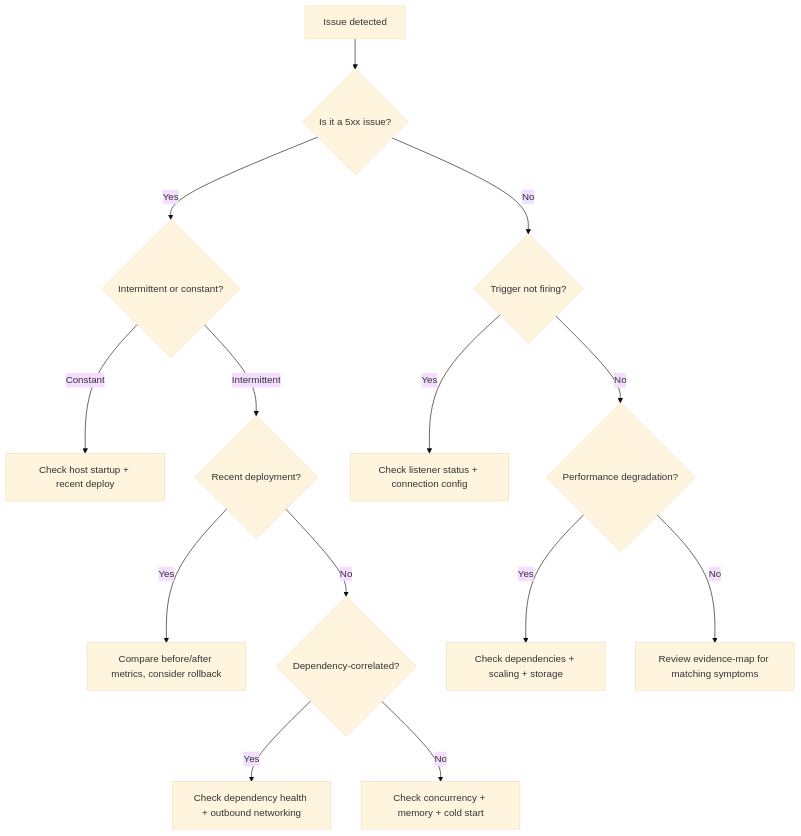
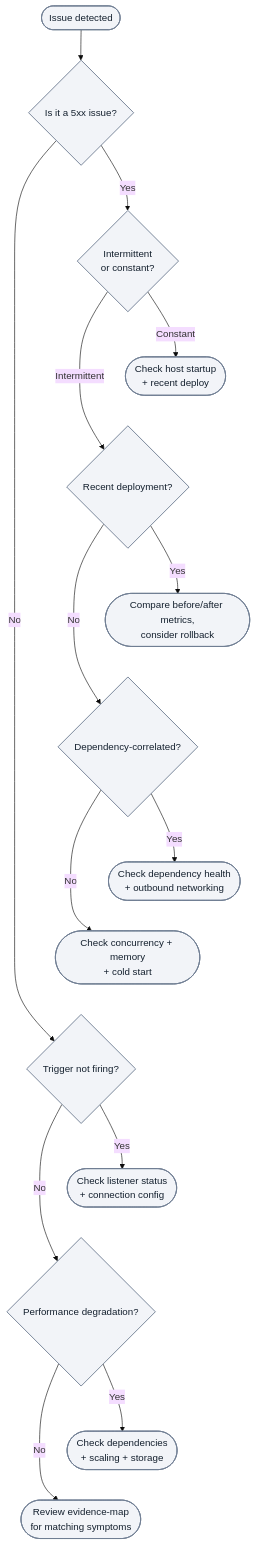
Before and after one commit to yeongseon/azure-functions-practical-guide: the diagram in docs/troubleshooting/index.md, drawn with Mermaid (base theme). The commit also changed other lines of this file and 4 other files, not shown here.

First line of the commit message:
docs(diagrams): migrate Functions troubleshooting overview — index and scaling issues and related diagnostics (#448)

````diff
--- a/docs/troubleshooting/index.md
+++ b/docs/troubleshooting/index.md
@@ -74,16 +74,27 @@
 ```mermaid
 flowchart TD
-    A[Issue detected] --> B{Is it a 5xx issue?}
-    B -->|Yes| C{Intermittent or constant?}
-    C -->|Constant| D[Check host startup + recent deploy]
+    accTitle: Troubleshooting symptom routing decisions
+    accDescr: Illustrative routing, not a root-cause verdict. For 5xx, constant errors lead to host startup and recent deployment checks; intermittent errors lead to the recent-deployment check: Yes ends at comparing before/after metrics and considering rollback, while No leads to the dependency-correlation check, whose Yes branch ends at dependency health and outbound networking checks and whose No branch ends at concurrency, memory and cold-start checks. Other symptoms lead to listener and connection checks for triggers not firing, dependency, scaling and storage checks for performance degradation, or the evidence map.
+    A(["Issue detected"]) --> B{Is it a 5xx issue?}
+    B -->|Yes| C{"Intermittent<br/>or constant?"}
+    C -->|Constant| D(["Check host startup<br/>+ recent deploy"])
     C -->|Intermittent| E{Recent deployment?}
-    E -->|Yes| F["Compare before/after metrics, consider rollback"]
+    E -->|Yes| F(["Compare before/after metrics,<br/>consider rollback"])
     E -->|No| G{Dependency-correlated?}
-    G -->|Yes| H[Check dependency health + outbound networking]
-    G -->|No| I[Check concurrency + memory + cold start]
+    G -->|Yes| H(["Check dependency health<br/>+ outbound networking"])
+    G -->|No| I(["Check concurrency + memory<br/>+ cold start"])
     B -->|No| J{Trigger not firing?}
-    J -->|Yes| K[Check listener status + connection config]
+    J -->|Yes| K(["Check listener status<br/>+ connection config"])
     J -->|No| L{Performance degradation?}
-    L -->|Yes| M[Check dependencies + scaling + storage]
-    L -->|No| N[Review evidence-map for matching symptoms]
+    L -->|Yes| M(["Check dependencies<br/>+ scaling + storage"])
+    L -->|No| N(["Review evidence-map<br/>for matching symptoms"])
+    %% Layout-only links tier the branches; they add no diagnostic steps or arrows.
+    D ~~~ E
+    F ~~~ G
+    H ~~~ I
+    I ~~~ J
+    K ~~~ L
+    M ~~~ N
+    classDef neutral fill:#f2f4f8,stroke:#707e93,stroke-width:1.5px,color:#14202e;
+    class A,B,C,D,E,F,G,H,I,J,K,L,M,N neutral;
 ```
````
